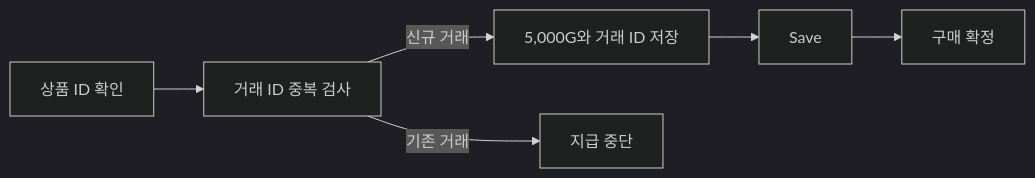
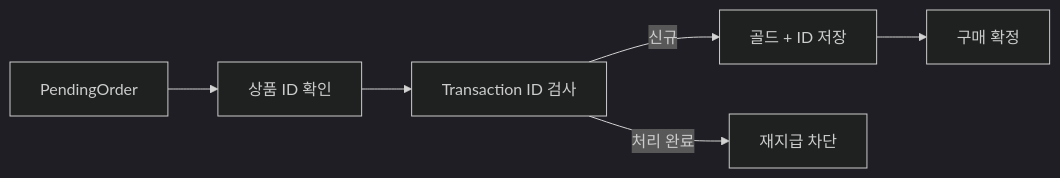
One commit to oppa073-hub/Animal-Ball-Fighter-Portfolio changed the ninth of 11 diagrams in README.md. Above: the diagram before and after it, drawn with Mermaid (dark theme). The commit also changed other lines of this file and 782 other files, not shown here.

````diff
--- a/README.md
+++ b/README.md
@@ -243,8 +331,8 @@
 ```mermaid
 flowchart LR
-    A[상품 ID 확인] --> B[거래 ID 중복 검사]
-    B -->|신규 거래| C[5,000G와 거래 ID 저장]
-    C --> D[Save]
+    A[PendingOrder] --> B[상품 ID 확인]
+    B --> C[Transaction ID 검사]
+    C -->|신규| D[골드 + ID 저장]
     D --> E[구매 확정]
-    B -->|기존 거래| F[지급 중단]
+    C -->|처리 완료| F[재지급 차단]
 ```
````
